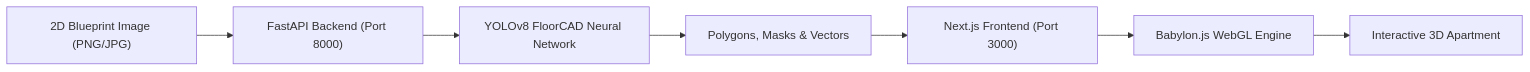
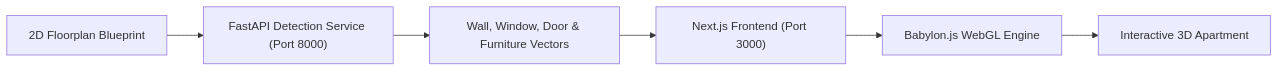
Before and after one commit to MNedkov09/3d-apartment-viewer: the diagram in README.md, drawn with Mermaid. The commit also changed other lines of this file and 14 other files, not shown here.

````diff
--- a/README.md
+++ b/README.md
@@ -33,9 +30,8 @@
 ```mermaid
 graph LR
-    A["2D Blueprint Image (PNG/JPG)"] --> B["FastAPI Backend (Port 8000)"]
-    B --> C["YOLOv8 FloorCAD Neural Network"]
-    C --> D["Polygons, Masks & Vectors"]
-    D --> E["Next.js Frontend (Port 3000)"]
-    E --> F["Babylon.js WebGL Engine"]
-    F --> G["Interactive 3D Apartment"]
+    A["2D Floorplan Blueprint"] --> B["FastAPI Detection Service (Port 8000)"]
+    B --> C["Wall, Window, Door & Furniture Vectors"]
+    C --> D["Next.js Frontend (Port 3000)"]
+    D --> E["Babylon.js WebGL Engine"]
+    E --> F["Interactive 3D Apartment"]
 ```
````
